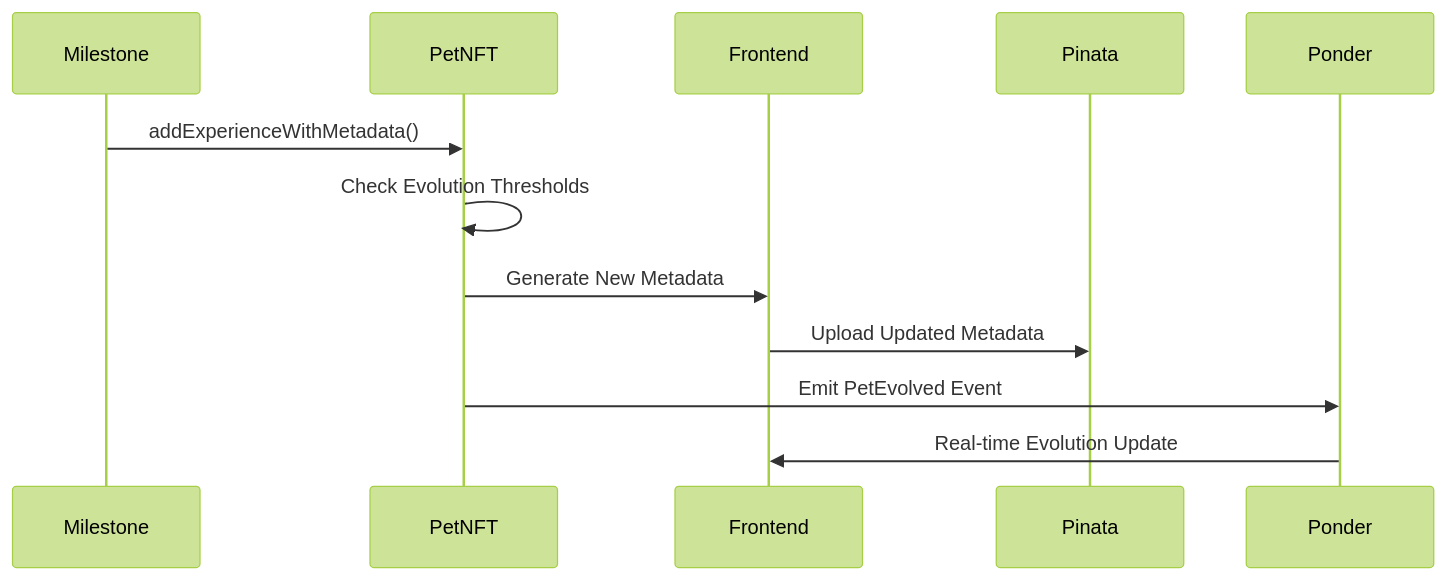
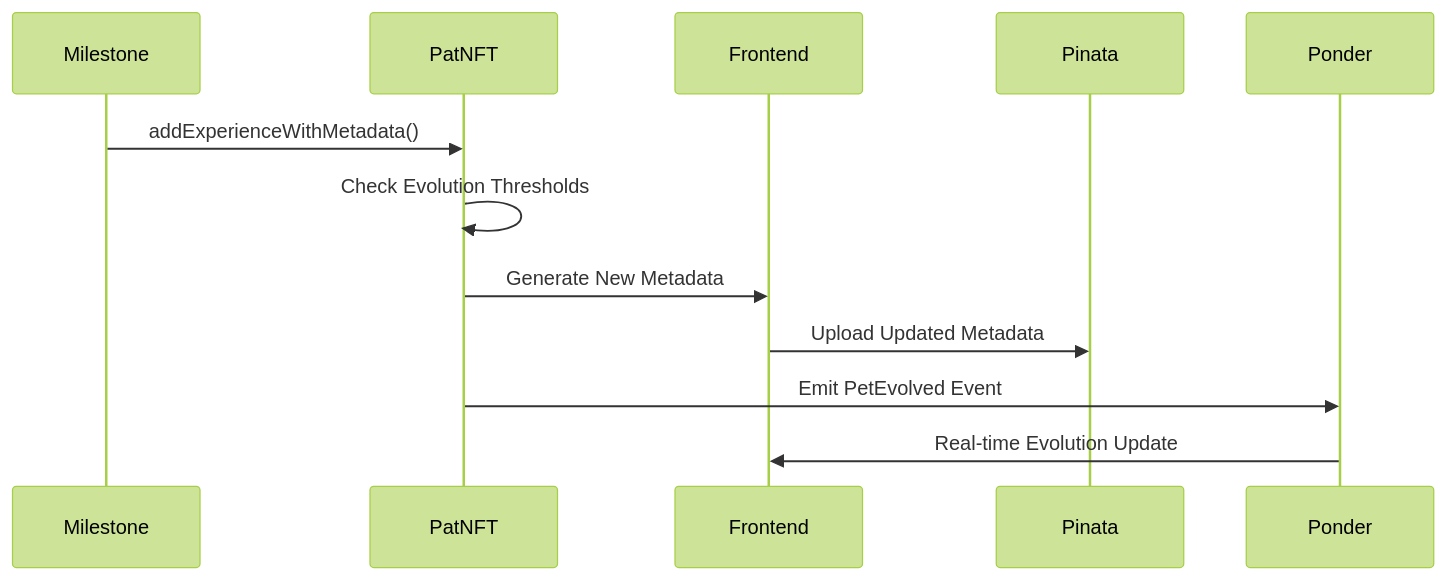
Before and after one commit to patpet-project/patpet-contracts: the third of 3 diagrams in README.md, drawn with Mermaid (forest theme). The commit also changed other lines of this file and 7 other files, not shown here.

````diff
--- a/README.md
+++ b/README.md
@@ -64,9 +64,9 @@
 ```mermaid
 sequenceDiagram
-    Milestone->>PetNFT: addExperienceWithMetadata()
-    PetNFT->>PetNFT: Check Evolution Thresholds
-    PetNFT->>Frontend: Generate New Metadata
+    Milestone->>PatNFT: addExperienceWithMetadata()
+    PatNFT->>PatNFT: Check Evolution Thresholds
+    PatNFT->>Frontend: Generate New Metadata
     Frontend->>Pinata: Upload Updated Metadata
-    PetNFT->>Ponder: Emit PetEvolved Event
+    PatNFT->>Ponder: Emit PetEvolved Event
     Ponder->>Frontend: Real-time Evolution Update
 ```
````
